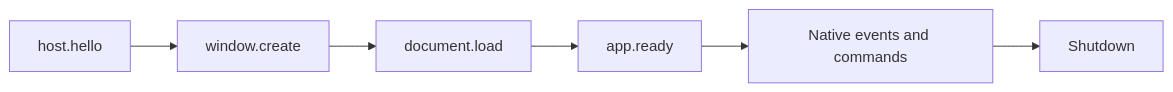
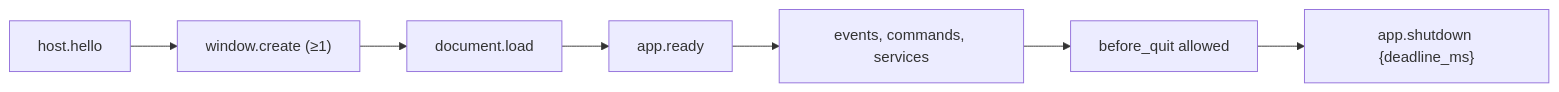
Before and after one commit to nativehtmlkit/nativehtmlkit-core: the diagram in protocol/README.md, drawn with Mermaid. The commit also changed other lines of this file and 2 other files, not shown here.

Commit message:
docs: structured wire-v1 protocol reference, document op reference and SDK authoring guide

````diff
--- a/protocol/README.md
+++ b/protocol/README.md
@@ -21,4 +299,5 @@
 ```mermaid
 flowchart LR
-  Hello["host.hello"] --> Window["window.create"] --> Document["document.load"] --> Ready["app.ready"] --> Events["Native events and commands"] --> Shutdown["Shutdown"]
+  Hello["host.hello"] --> Window["window.create (≥1)"] --> Load["document.load"] --> Ready["app.ready"]
+  Ready --> Run["events, commands, services"] --> Quit["before_quit allowed"] --> Shutdown["app.shutdown {deadline_ms}"]
 ```
````
